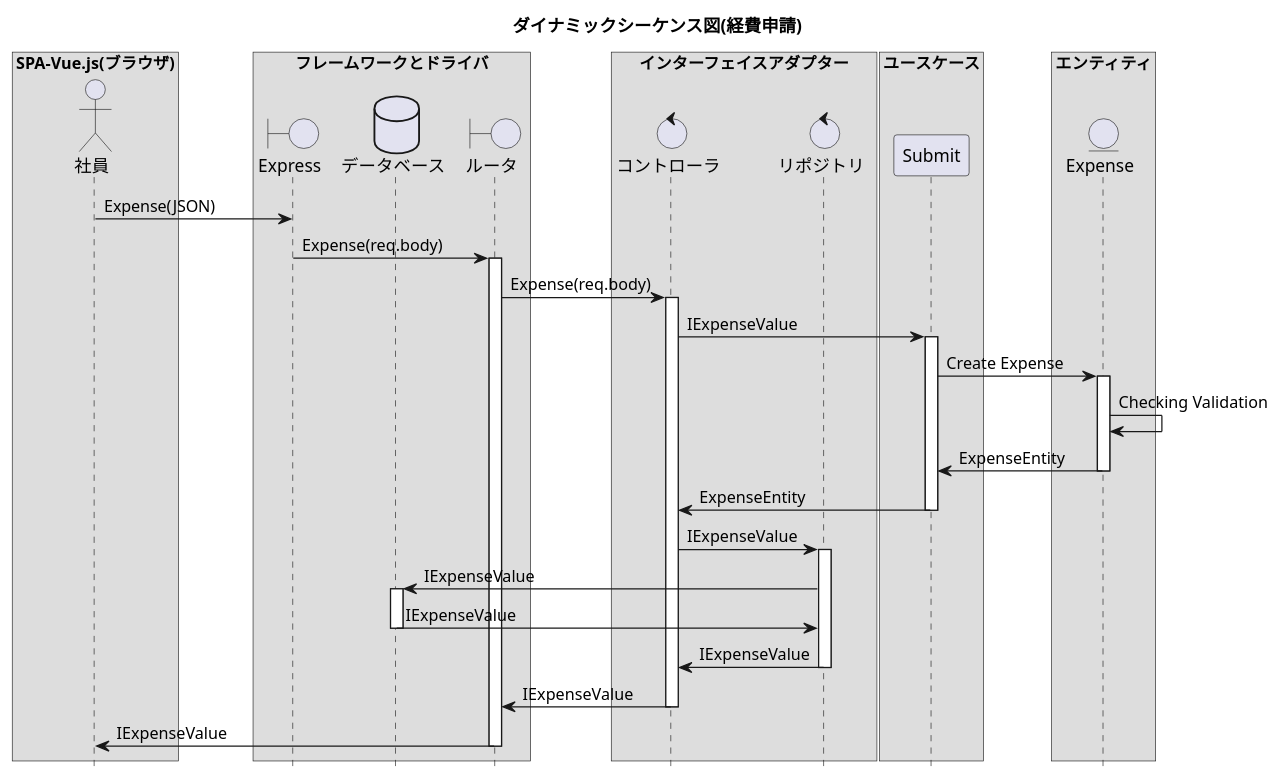
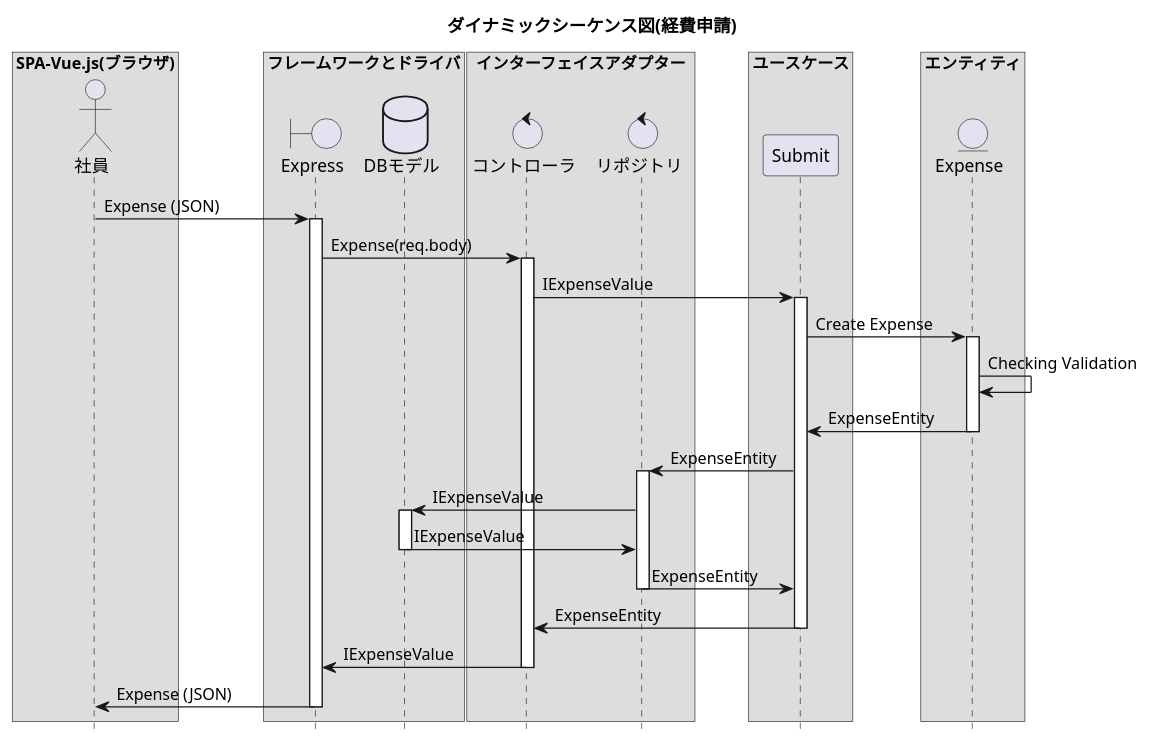
The diagram in uml/sequence.pu (jkytf0122000/expense-reporter-sample), drawn with PlantUML before and after one commit. The commit also changed 4 other files, not shown here.

```diff
--- a/uml/sequence.pu
+++ b/uml/sequence.pu
@@ -1,53 +1,52 @@
 @startuml dynamic seuquence
 
 hide footbox
 title ダイナミックシーケンス図(経費申請)
 
 box "SPA-Vue.js(ブラウザ)"
 actor 社員 as User
 end box
 
 box "フレームワークとドライバ"
 boundary Express as index
-database データベース as dbmodel
-boundary "ルータ" as api
+
+database DBモデル as dbmodel
 end box
 box "インターフェイスアダプター"
 control "コントローラ" as controller
 control "リポジトリ" as repository
 end box
 box "ユースケース"
 participant Submit
 end box
 box "エンティティ"
 entity "Expense" as domains
 end box
 
-User->index : Expense(JSON)
-index->api : Expense(req.body)
-activate api
-api->controller : Expense(req.body)
+User->index : Expense (JSON)
+activate index
+index->controller : Expense(req.body)
 activate controller
 controller->Submit : IExpenseValue
 activate Submit
 Submit->domains : Create Expense
 activate domains
 domains->domains : Checking Validation
 domains->Submit : ExpenseEntity
 deactivate domains
-Submit->controller : ExpenseEntity
-deactivate Submit
-controller->repository : IExpenseValue
+Submit->repository : ExpenseEntity
 activate repository
 repository->dbmodel : IExpenseValue
 activate dbmodel
 dbmodel->repository : IExpenseValue
 deactivate dbmodel
-repository->controller : IExpenseValue
+repository->Submit : ExpenseEntity
 deactivate repository
-controller->api : IExpenseValue
+Submit->controller : ExpenseEntity
+deactivate Submit
+controller->index : IExpenseValue
 deactivate controller
-api->User : IExpenseValue
-deactivate api
+index->User : Expense (JSON)
+deactivate index
 
 @enduml
```
